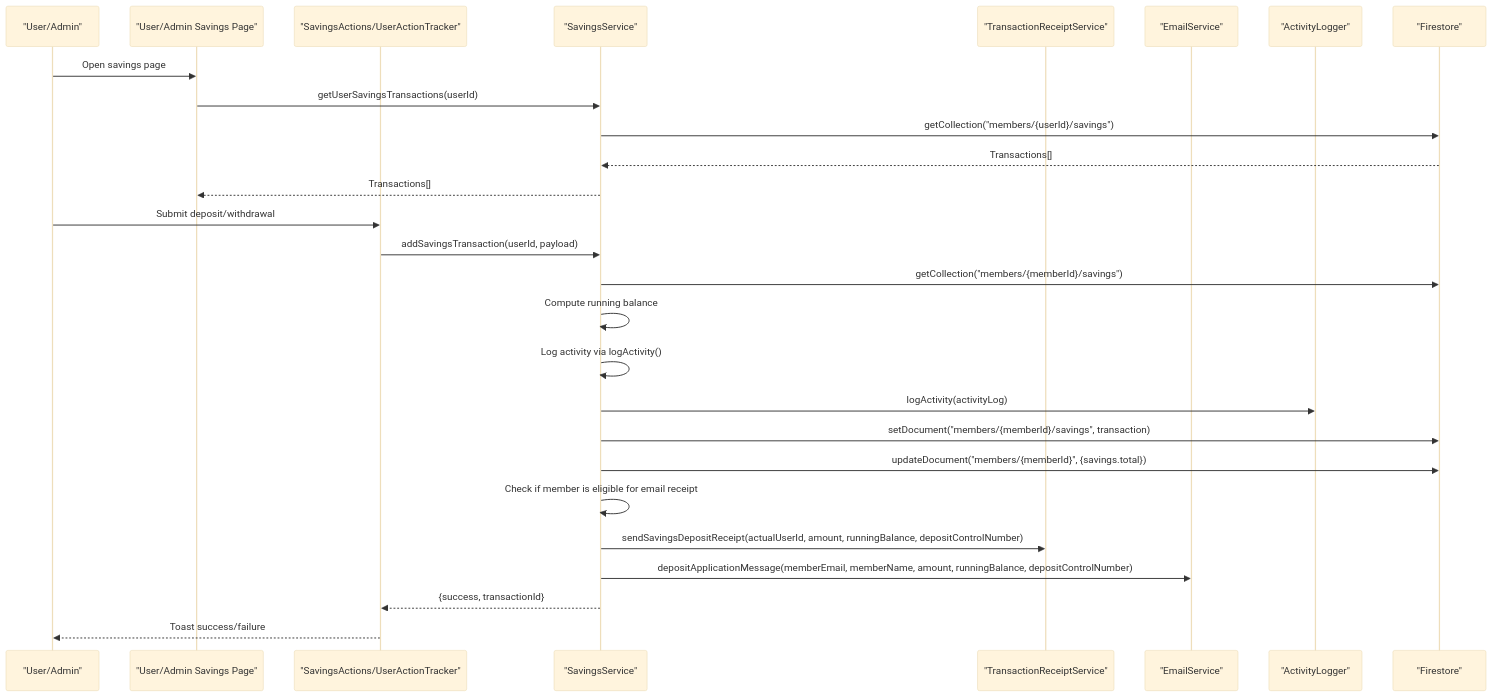
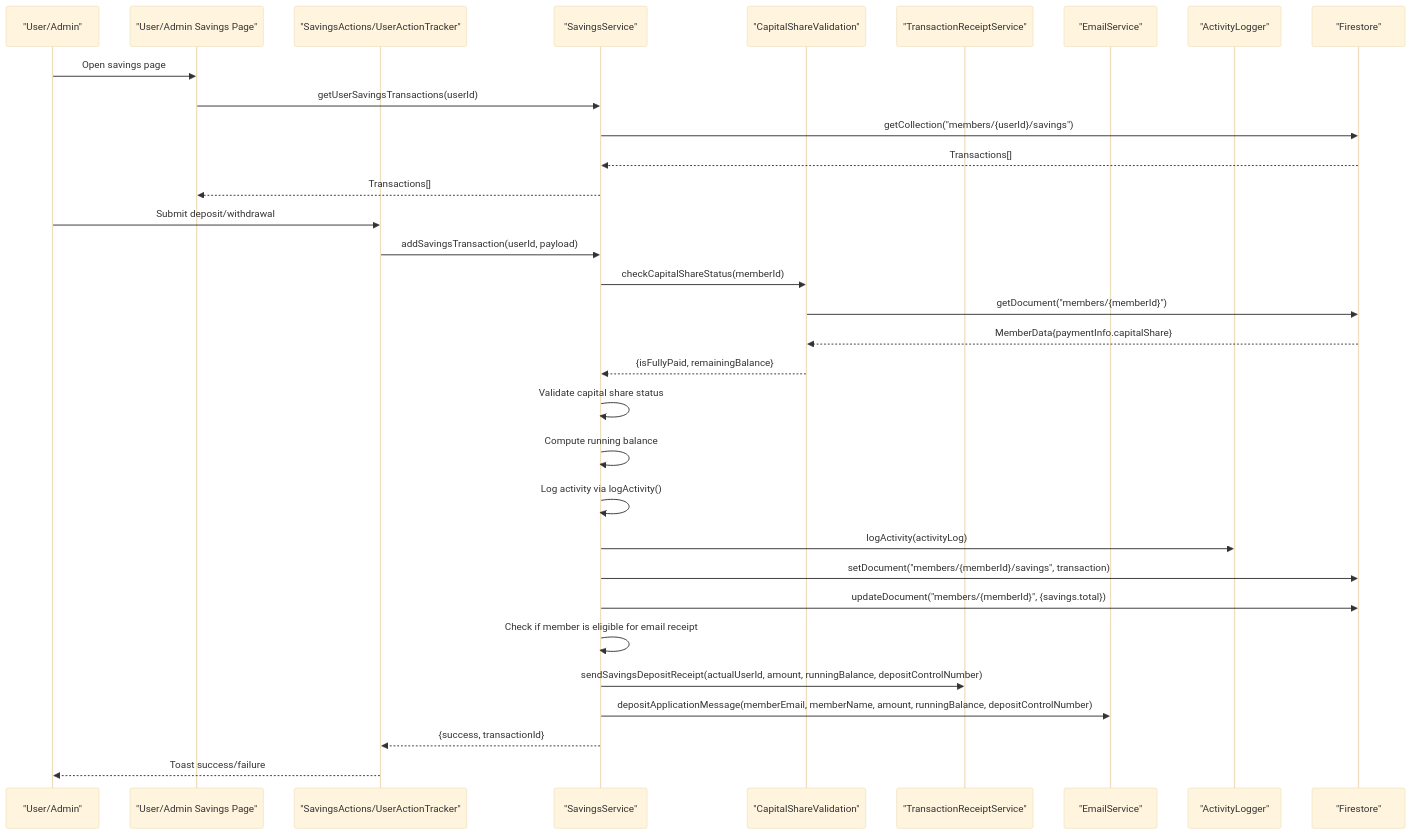
The second of 26 diagrams in .qoder/repowiki/en/content/Savings Management System/Savings Management System.md (Unsure-bry/sampacoop_system), drawn with Mermaid (base theme) before and after one commit. The commit also changed other lines of this file and 5 other files, not shown here.

````diff
--- a/.qoder/repowiki/en/content/Savings Management System/Savings Management System.md
+++ b/.qoder/repowiki/en/content/Savings Management System/Savings Management System.md
@@ -185,29 +211,34 @@
 ```mermaid
 sequenceDiagram
 participant U as "User/Admin"
 participant UI as "User/Admin Savings Page"
 participant SA as "SavingsActions/UserActionTracker"
 participant SS as "SavingsService"
+participant CS as "CapitalShareValidation"
 participant TRS as "TransactionReceiptService"
 participant ES as "EmailService"
 participant AL as "ActivityLogger"
 participant FS as "Firestore"
 U->>UI : Open savings page
 UI->>SS : getUserSavingsTransactions(userId)
 SS->>FS : getCollection("members/{userId}/savings")
 FS-->>SS : Transactions[]
 SS-->>UI : Transactions[]
 U->>SA : Submit deposit/withdrawal
 SA->>SS : addSavingsTransaction(userId, payload)
-SS->>FS : getCollection("members/{memberId}/savings")
+SS->>CS : checkCapitalShareStatus(memberId)
+CS->>FS : getDocument("members/{memberId}")
+FS-->>CS : MemberData{paymentInfo.capitalShare}
+CS-->>SS : {isFullyPaid, remainingBalance}
+SS->>SS : Validate capital share status
 SS->>SS : Compute running balance
 SS->>SS : Log activity via logActivity()
 SS->>AL : logActivity(activityLog)
 SS->>FS : setDocument("members/{memberId}/savings", transaction)
 SS->>FS : updateDocument("members/{memberId}", {savings.total})
 SS->>SS : Check if member is eligible for email receipt
 SS->>TRS : sendSavingsDepositReceipt(actualUserId, amount, runningBalance, depositControlNumber)
 SS->>ES : depositApplicationMessage(memberEmail, memberName, amount, runningBalance, depositControlNumber)
 SS-->>SA : {success, transactionId}
 SA-->>U : Toast success/failure
 ```
````
